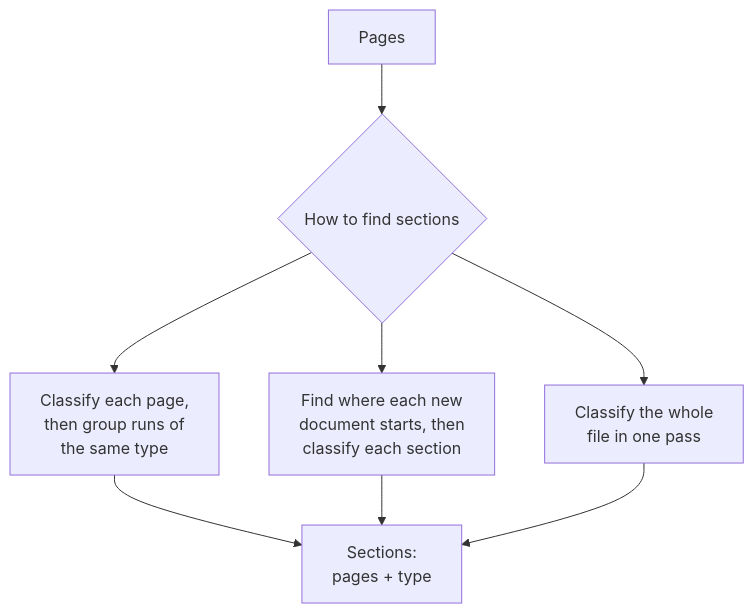
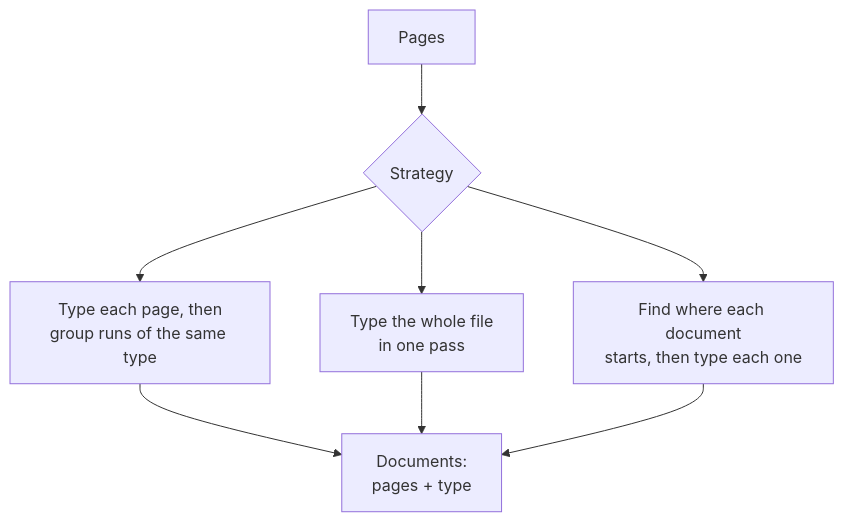
The diagram in docs/idp-fundamentals/splitting-and-classification.md (aws-solutions-library-samples/accelerated-intelligent-document-processing-on-aws), drawn with Mermaid before and after one commit. The commit also changed other lines of this file and 7 other files, not shown here.

````diff
--- a/docs/idp-fundamentals/splitting-and-classification.md
+++ b/docs/idp-fundamentals/splitting-and-classification.md
@@ -42,10 +63,10 @@
 ```mermaid
 flowchart TD
-    A[Pages] --> B{"How to find sections"}
-    B --> C["Classify each page,<br/>then group runs of<br/>the same type"]
-    B --> D["Find where each new<br/>document starts, then<br/>classify each section"]
-    B --> E["Classify the whole<br/>file in one pass"]
-    C --> F["Sections:<br/>pages + type"]
+    A[Pages] --> B{"Strategy"}
+    B --> C["Type each page, then<br/>group runs of the same type"]
+    B --> D["Type the whole file<br/>in one pass"]
+    B --> E["Find where each document<br/>starts, then type each one"]
+    C --> F["Documents:<br/>pages + type"]
     D --> F
     E --> F
 ```
````
